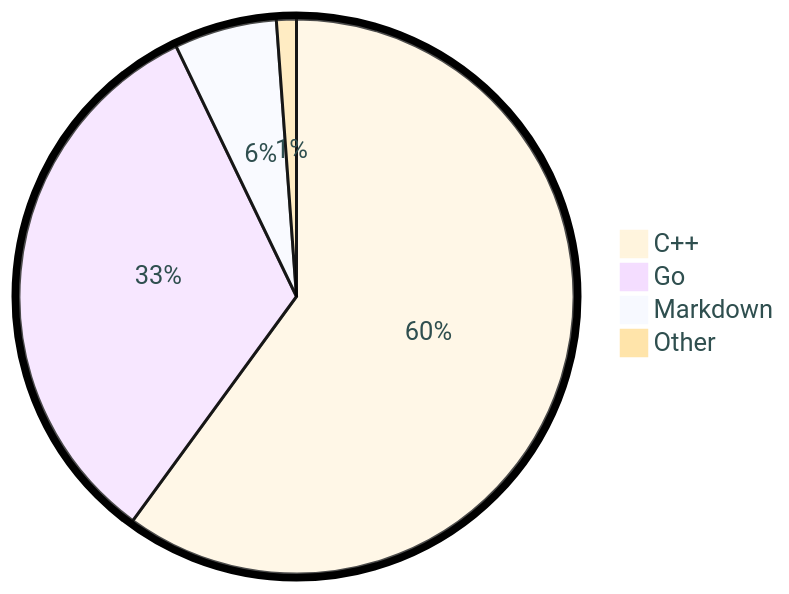
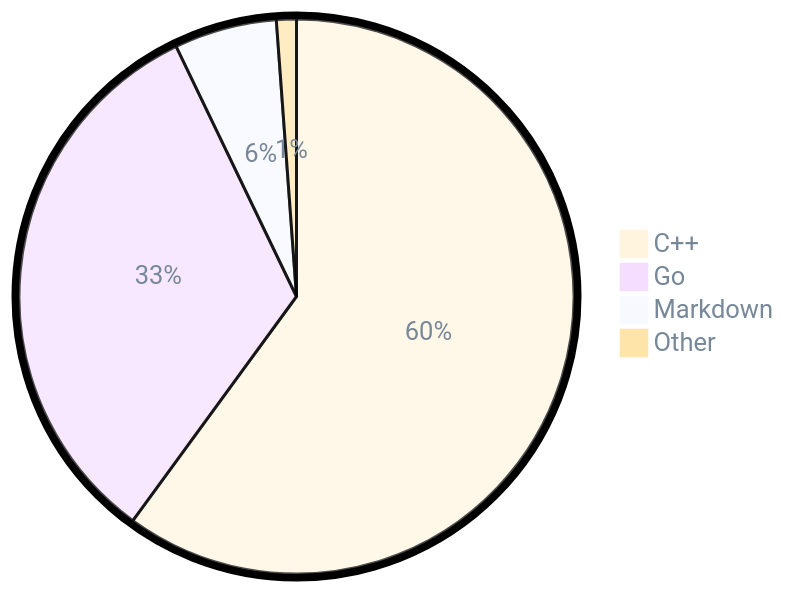
One commit to tot0p/tot0p changed the diagram in README.md. Above: the diagram before and after it, drawn with Mermaid.

Commit message:
wakatime update

````diff
--- a/README.md
+++ b/README.md
@@ -77,8 +77,8 @@
 ```mermaid
-%%{init: {"pie": {"textPosition": 0.5}, "themeVariables": {"pieOuterStrokeWidth": "5px","primaryTextColor" : "#2F4F4F"},"theme":"base"} }%%
+%%{init: {"pie": {"textPosition": 0.5}, "themeVariables": {"pieOuterStrokeWidth": "5px","primaryTextColor" : "#778899"},"theme":"base"} }%%
 pie
 	"C++": 60.04
 	"Go": 32.82
 	"Markdown": 5.98
 	"Other": 1.1600000000000001
 ```
````
